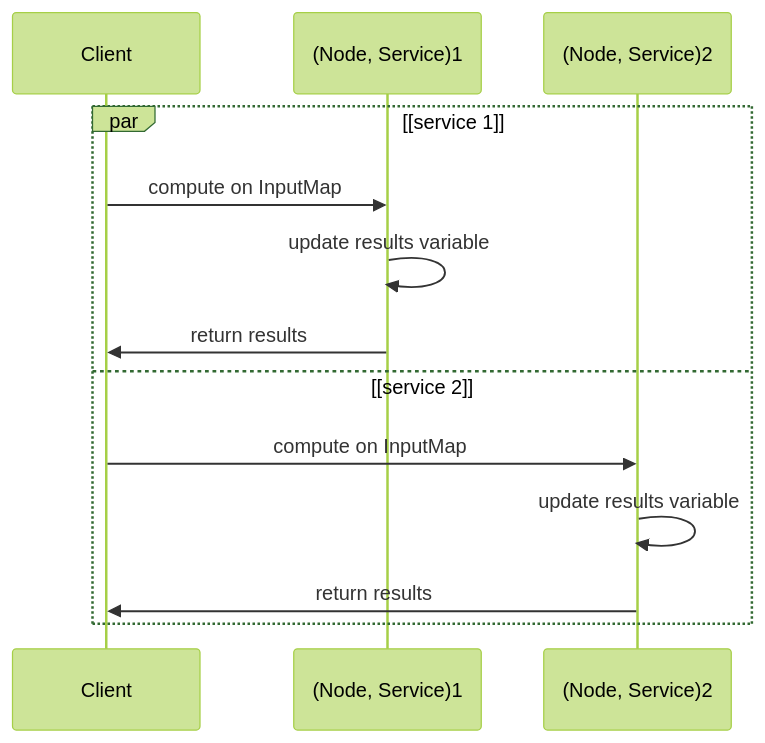
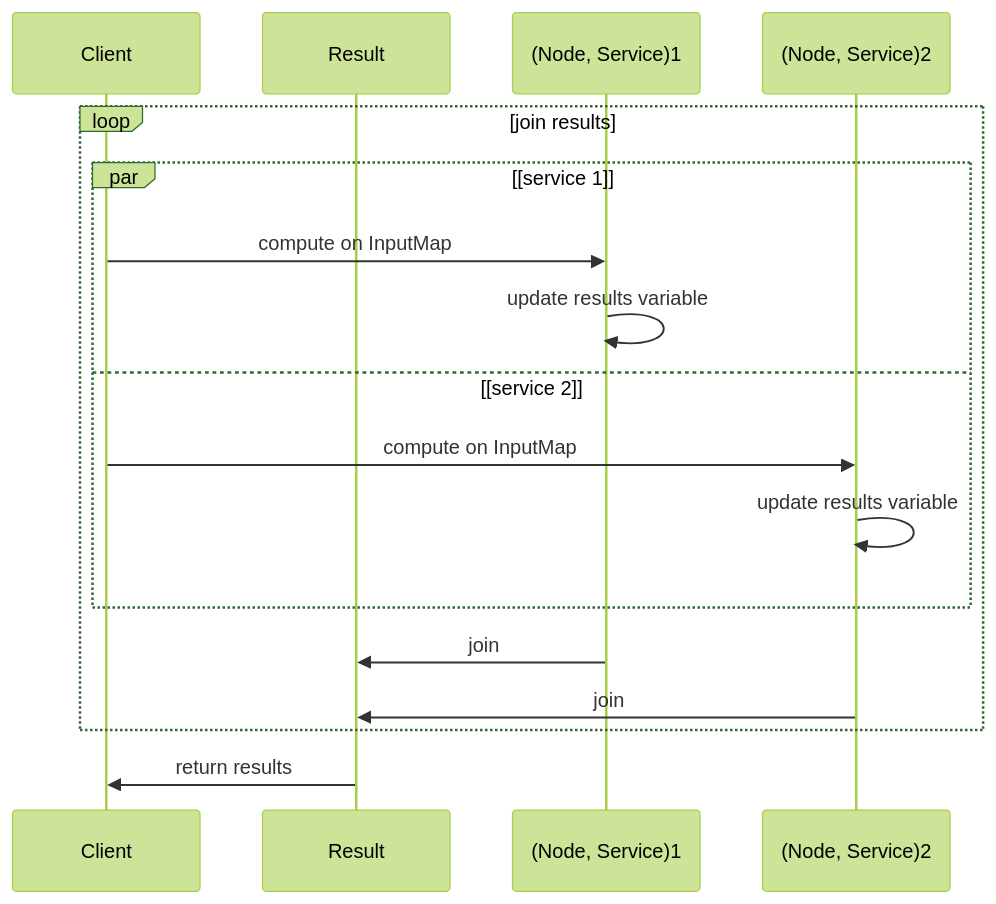
One commit to fluencelabs/devcontainer changed the second of 2 diagrams in tutorial/aqua/quick_start.md. Above: the diagram before and after it, drawn with Mermaid (forest theme). The commit also changed other lines of this file and 4 other files, not shown here.

````diff
--- a/tutorial/aqua/quick_start.md
+++ b/tutorial/aqua/quick_start.md
@@ -212,16 +179,21 @@
 ```mermaid
   sequenceDiagram
     participant C as Client
+    participant R as Result
     participant H1 as (Node, Service)1
     participant H2 as (Node, Service)2
     
-    par [service 1]
-      C ->> H1: compute on InputMap
-      H1 ->> H1: update results variable
-      H1 ->> C: return results
-    and [service 2]
-      C ->> H2: compute on InputMap
-      H2 ->> H2: update results variable
-      H2 ->> C: return results
+    loop join results
+       par [service 1]
+         C ->> H1: compute on InputMap
+         H1 ->> H1: update results variable
+       and [service 2]
+         C ->> H2: compute on InputMap
+         H2 ->> H2: update results variable
+       end
+      H1 ->> R: join
+      H2 ->> R: join
     end
+    R ->> C: return results
+    
 ```
````
